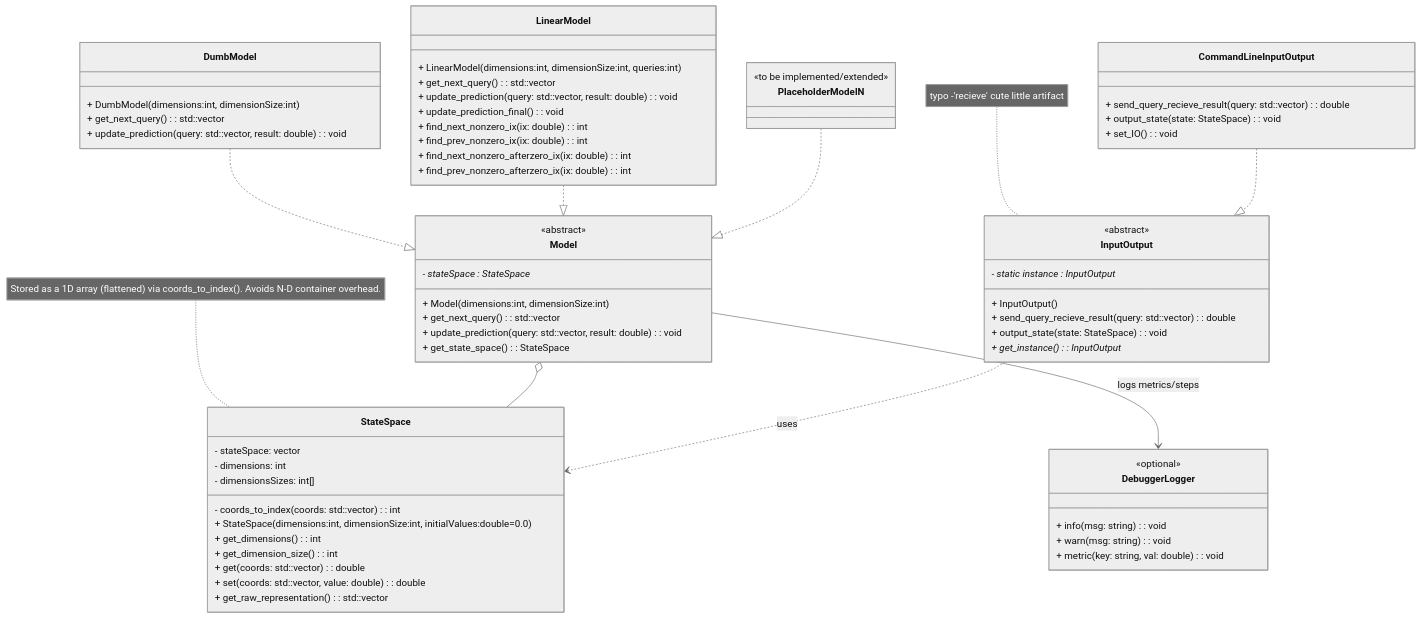
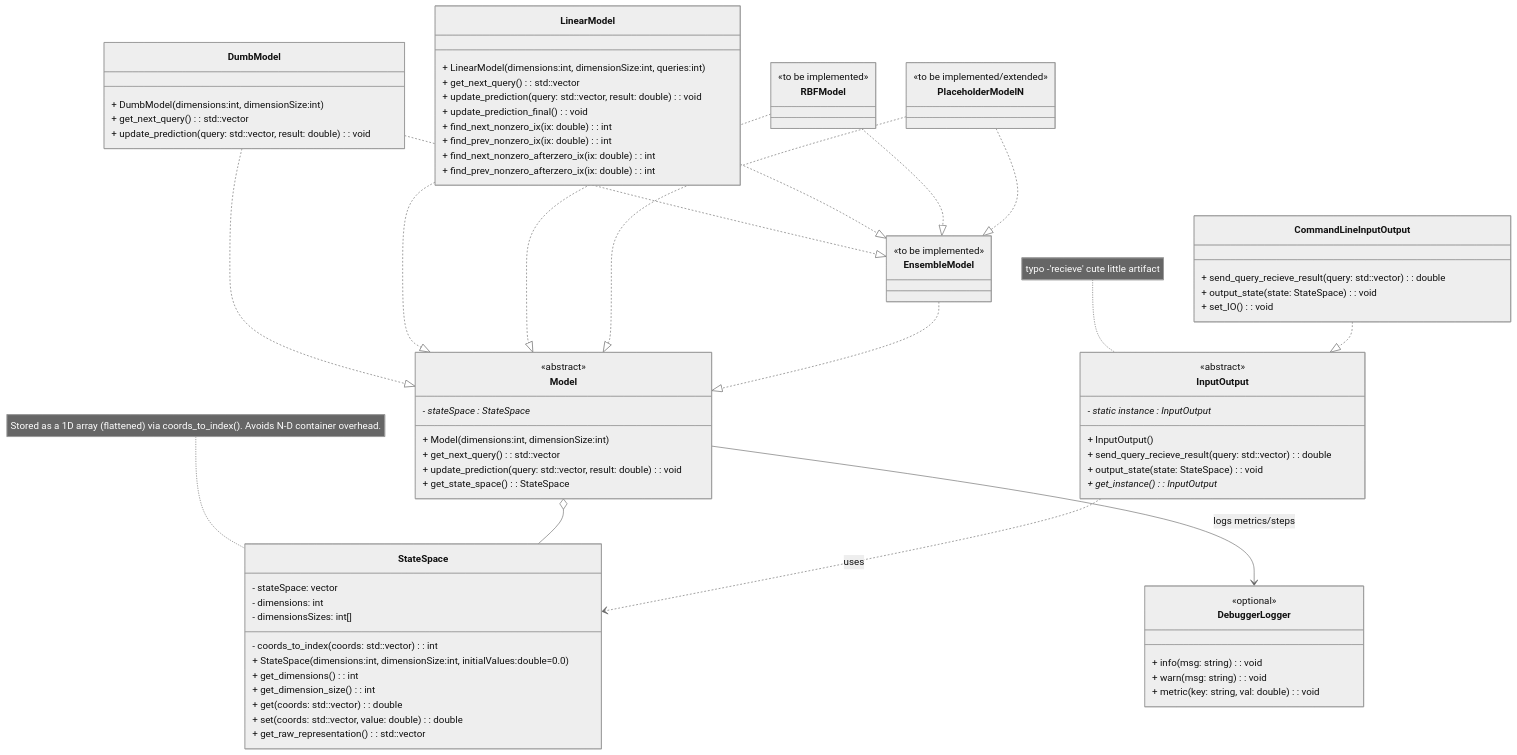
The diagram in docs/design/uml-system-architecture.md (david6544/SEP25), drawn with Mermaid (neutral theme) before and after one commit.

Commit message:
added classes RBF, Ensemble to uml diagram

````diff
--- a/docs/design/uml-system-architecture.md
+++ b/docs/design/uml-system-architecture.md
@@ -5,7 +5,7 @@
 ```mermaid
 %% Rendered by GitHub Mermaid
 %% Layout hint
-%%{init: {'flowchart': {'diagramPadding': 8}} }%%
+%%{init: {'flowchart': {'diagramPadding': 8} {'defaultRenderer': 'elk'}} }%%
 
 classDiagram
 direction TB
@@ -51,8 +51,16 @@
   + find_prev_nonzero_afterzero_ix(ix: double) : int
 }
 
+class RBFModel {
+  <<to be implemented>>
+}
+
 class PlaceholderModelN {
   <<to be implemented/extended>>
+}
+
+class EnsembleModel {
+  <<to be implemented>>
 }
 
 %% ===== IO Abstraction =====
@@ -84,7 +92,13 @@
 Model --> DebuggerLogger : logs metrics/steps
 DumbModel ..|> Model
 LinearModel ..|> Model
+RBFModel ..|> Model
 PlaceholderModelN ..|> Model
+EnsembleModel ..|> Model
+DumbModel ..|> EnsembleModel
+LinearModel ..|> EnsembleModel
+RBFModel ..|> EnsembleModel
+PlaceholderModelN ..|> EnsembleModel
 CommandLineInputOutput ..|> InputOutput
 InputOutput ..> StateSpace : uses
 
````
